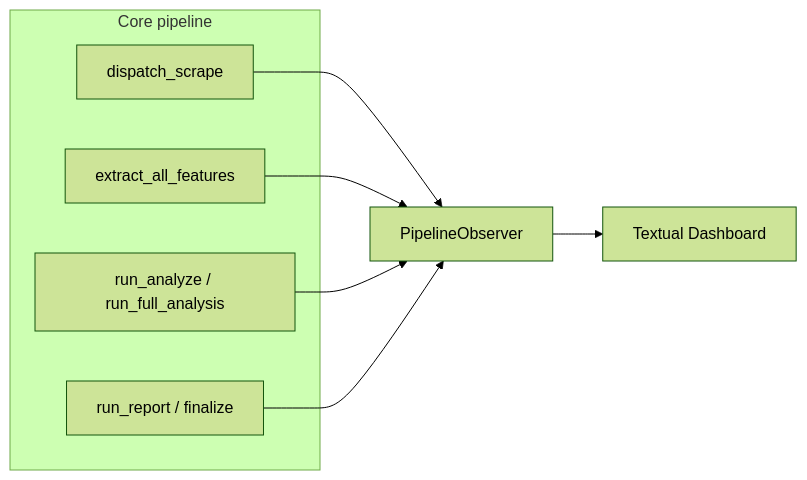
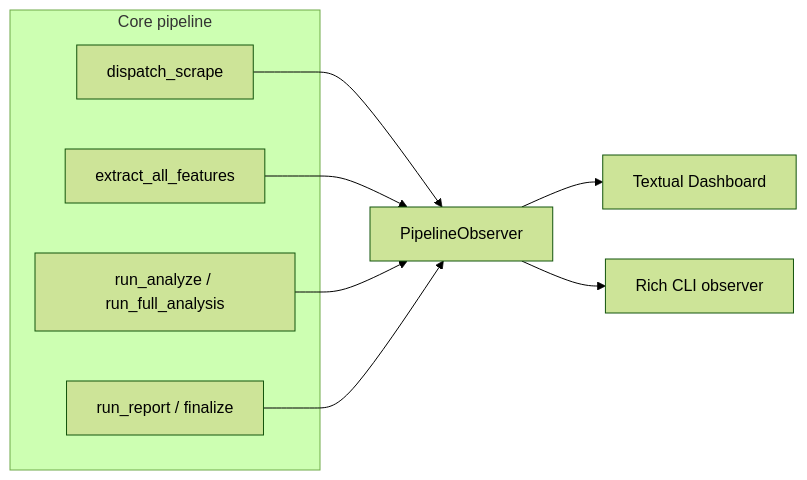
The diagram in .cursor/plans/tui_pipeline_dashboard_088da23a.plan.md (Abstract-Data/mediaite-ghostink), drawn with Mermaid (forest theme) before and after one commit. The commit also changed other lines of this file and 8 other files, not shown here.

````diff
--- a/.cursor/plans/tui_pipeline_dashboard_088da23a.plan.md
+++ b/.cursor/plans/tui_pipeline_dashboard_088da23a.plan.md
@@ -49,15 +65,16 @@
 ```mermaid
 flowchart LR
   subgraph core [Core pipeline]
     scrape[dispatch_scrape]
     extract[extract_all_features]
     analyze[run_analyze / run_full_analysis]
     report[run_report / finalize]
   end
   obs[PipelineObserver]
   scrape --> obs
   extract --> obs
   analyze --> obs
   report --> obs
   obs --> textual[Textual Dashboard]
+  obs --> richObs[Rich CLI observer]
 ```
````
